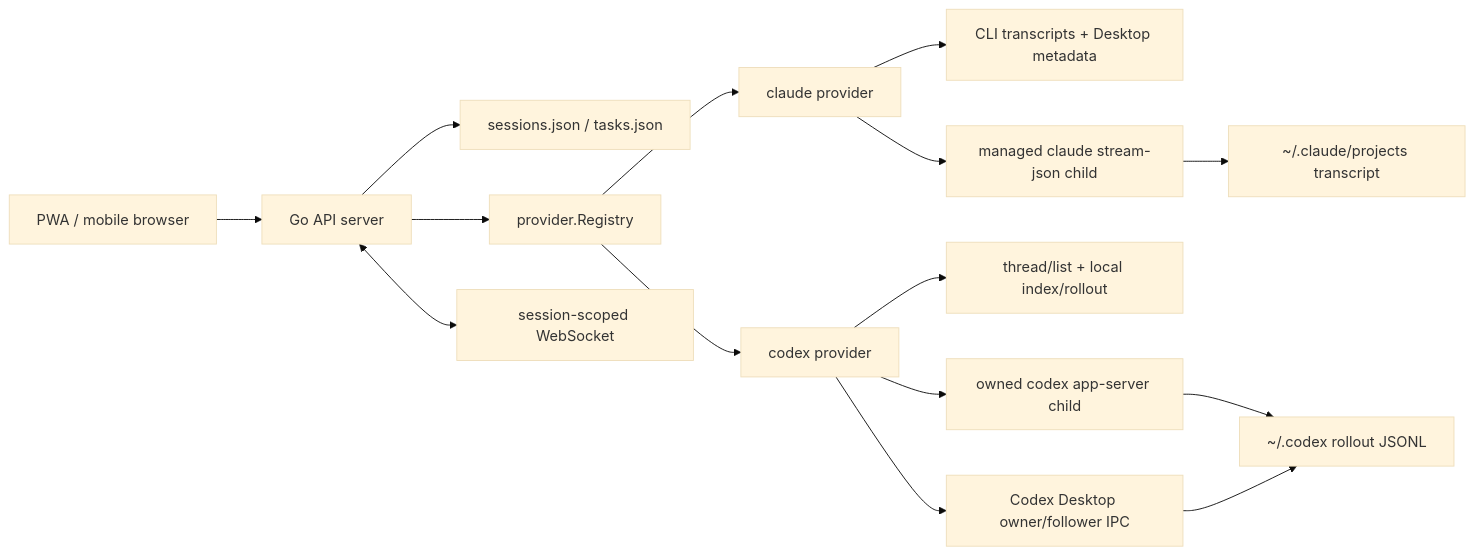
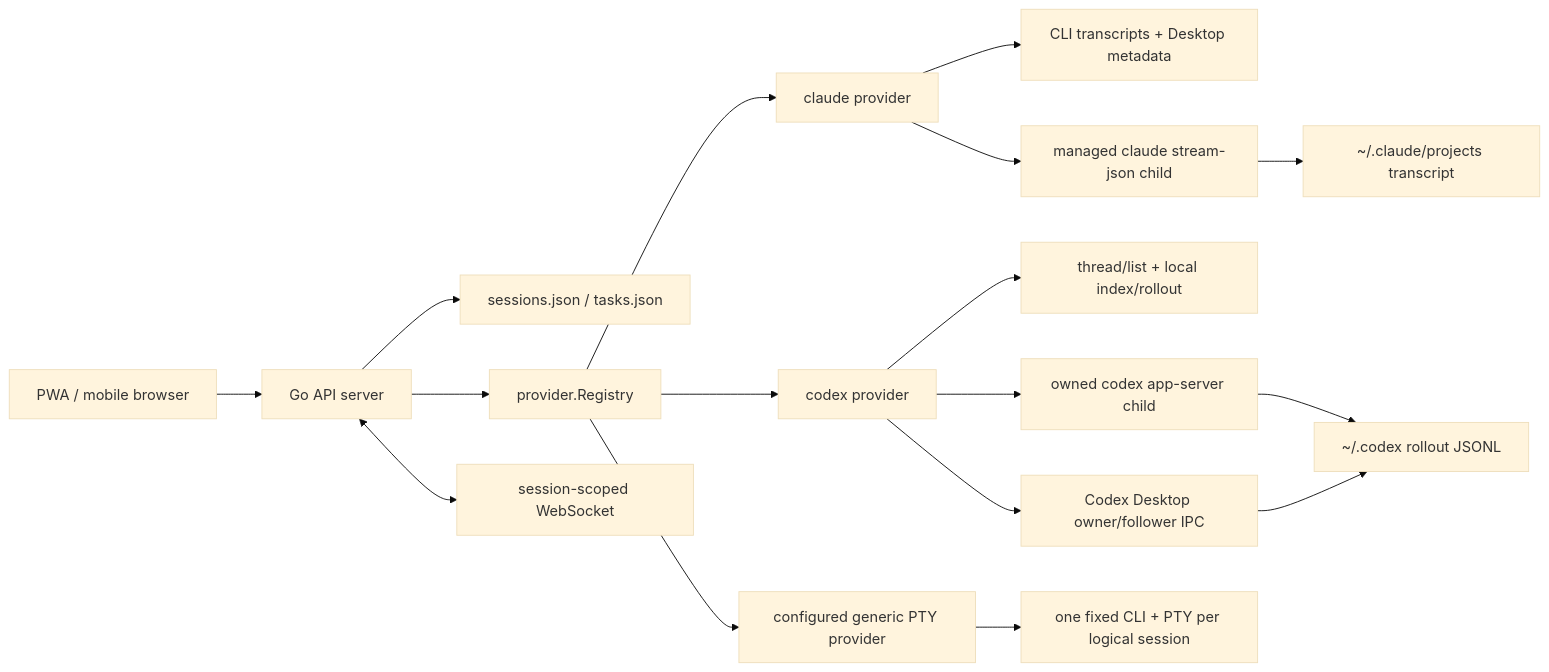
Before and after one commit to psyche08/remote-agent: the diagram in docs/provider-architecture.md, drawn with Mermaid (base theme). The commit also changed other lines of this file and 33 other files, not shown here.

````diff
--- a/docs/provider-architecture.md
+++ b/docs/provider-architecture.md
@@ -23,19 +25,22 @@
 ```mermaid
 flowchart LR
     PWA["PWA / mobile browser"] --> API["Go API server"]
     API --> Store["sessions.json / tasks.json"]
     API --> Registry["provider.Registry"]
     API <--> WS["session-scoped WebSocket"]
 
     Registry --> Claude["claude provider"]
     Claude --> ClaudeDiscovery["CLI transcripts + Desktop metadata"]
     Claude --> ClaudeCLI["managed claude stream-json child"]
     ClaudeCLI --> ClaudeTranscript["~/.claude/projects transcript"]
 
     Registry --> Codex["codex provider"]
     Codex --> CodexDiscovery["thread/list + local index/rollout"]
     Codex --> AppServer["owned codex app-server child"]
     Codex --> DesktopIPC["Codex Desktop owner/follower IPC"]
     AppServer --> Rollout["~/.codex rollout JSONL"]
     DesktopIPC --> Rollout
+
+    Registry --> GenericPTY["configured generic PTY provider"]
+    GenericPTY --> PTYChild["one fixed CLI + PTY per logical session"]
 ```
````
